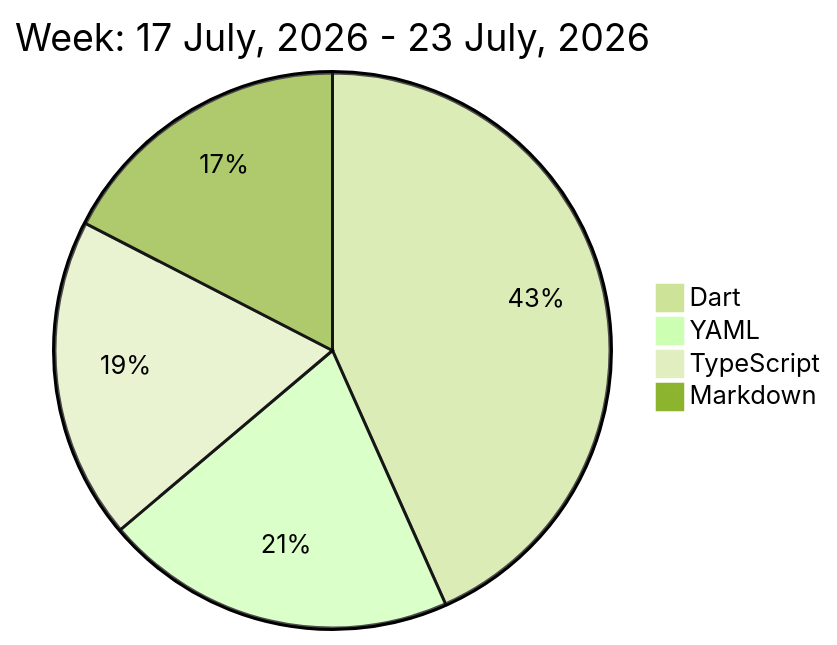
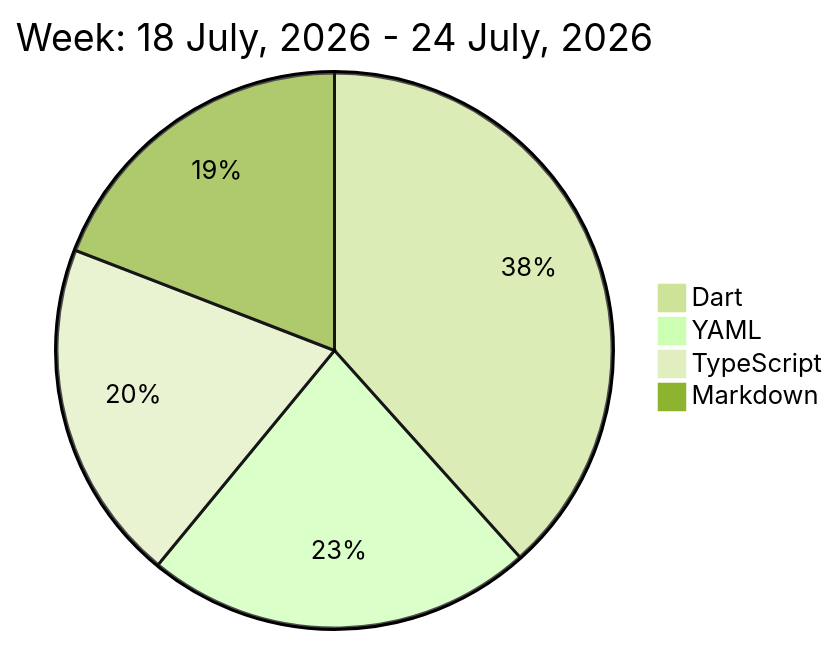
The diagram in README.md (liubin95/liubin95), drawn with Mermaid (forest theme) before and after one commit.

Commit message:
Updated the Graph with new Metrics

````diff
--- a/README.md
+++ b/README.md
@@ -32,8 +32,8 @@
 ```mermaid
  pie
-title Week: 17 July, 2026 - 23 July, 2026
- "Dart" : 9.02
- "YAML" : 4.27
- "TypeScript" : 3.9
- "Markdown" : 3.63
+title Week: 18 July, 2026 - 24 July, 2026
+ "Dart" : 7.42
+ "YAML" : 4.37
+ "TypeScript" : 3.85
+ "Markdown" : 3.7
 ```
````
